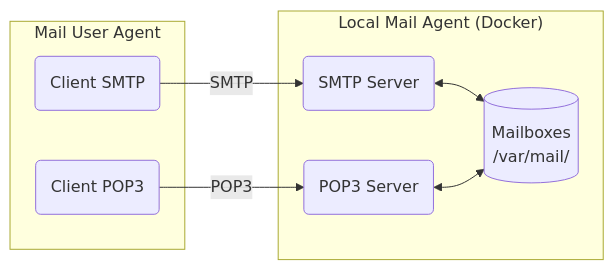
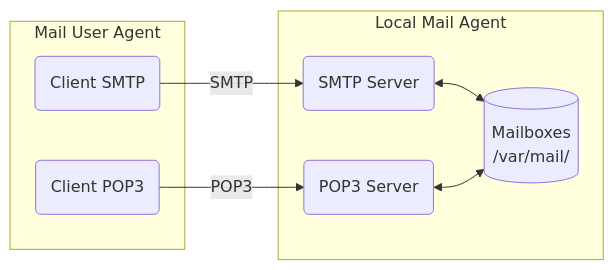
One commit to orel33/local-mail-agent changed the diagram in README.md. Above: the diagram before and after it, drawn with Mermaid.

````diff
--- a/README.md
+++ b/README.md
@@ -48,15 +48,15 @@
 ```mermaid
 flowchart LR;
     subgraph "Mail User Agent"
         SMTPC("Client SMTP");
         POP3C("Client POP3");
     end
-    subgraph "Local Mail Agent (Docker)"
+    subgraph "Local Mail Agent"
         SMTPS("SMTP Server");
         POP3S("POP3 Server");
         MX[("Mailboxes\n /var/mail/")];
     end
     SMTPC-- SMTP --> SMTPS;
     POP3C-- POP3 --> POP3S;
     SMTPS & POP3S <--> MX;
 ```
````
